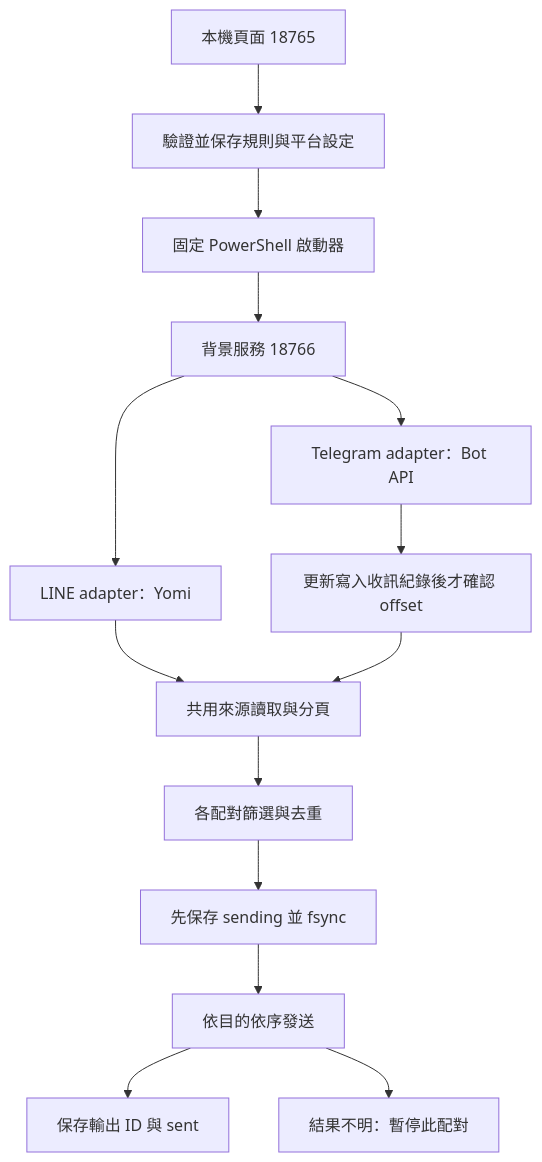
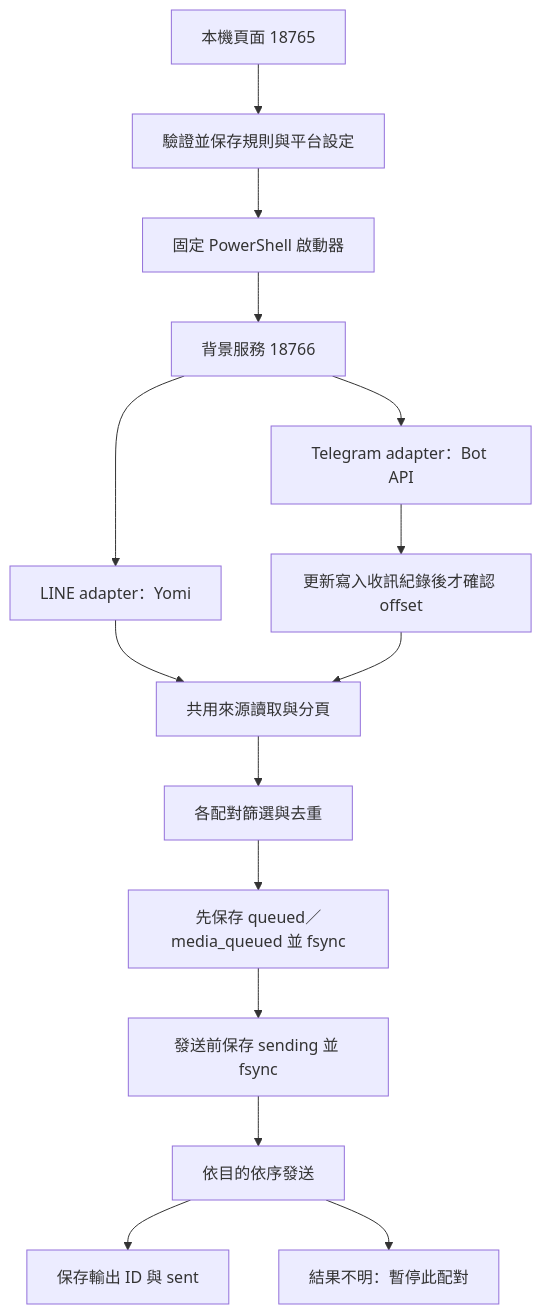
Before and after one commit to b40609/LinePort: the diagram in docs/ARCHITECTURE.md, drawn with Mermaid. The commit also changed other lines of this file and 35 other files, not shown here.

````diff
--- a/docs/ARCHITECTURE.md
+++ b/docs/ARCHITECTURE.md
@@ -7,16 +7,17 @@
 ```mermaid
 flowchart TD
     UI[本機頁面 18765] --> C[驗證並保存規則與平台設定]
     C --> P[固定 PowerShell 啟動器]
     P --> E[背景服務 18766]
     E --> L[LINE adapter：Yomi]
     E --> T[Telegram adapter：Bot API]
     L --> R[共用來源讀取與分頁]
     T --> I[更新寫入收訊紀錄後才確認 offset]
     I --> R
     R --> F[各配對篩選與去重]
-    F --> J[先保存 sending 並 fsync]
+    F --> Q[先保存 queued／media_queued 並 fsync]
+    Q --> J[發送前保存 sending 並 fsync]
     J --> D[依目的依序發送]
     D --> O[保存輸出 ID 與 sent]
     D --> U[結果不明：暫停此配對]
 ```
````
